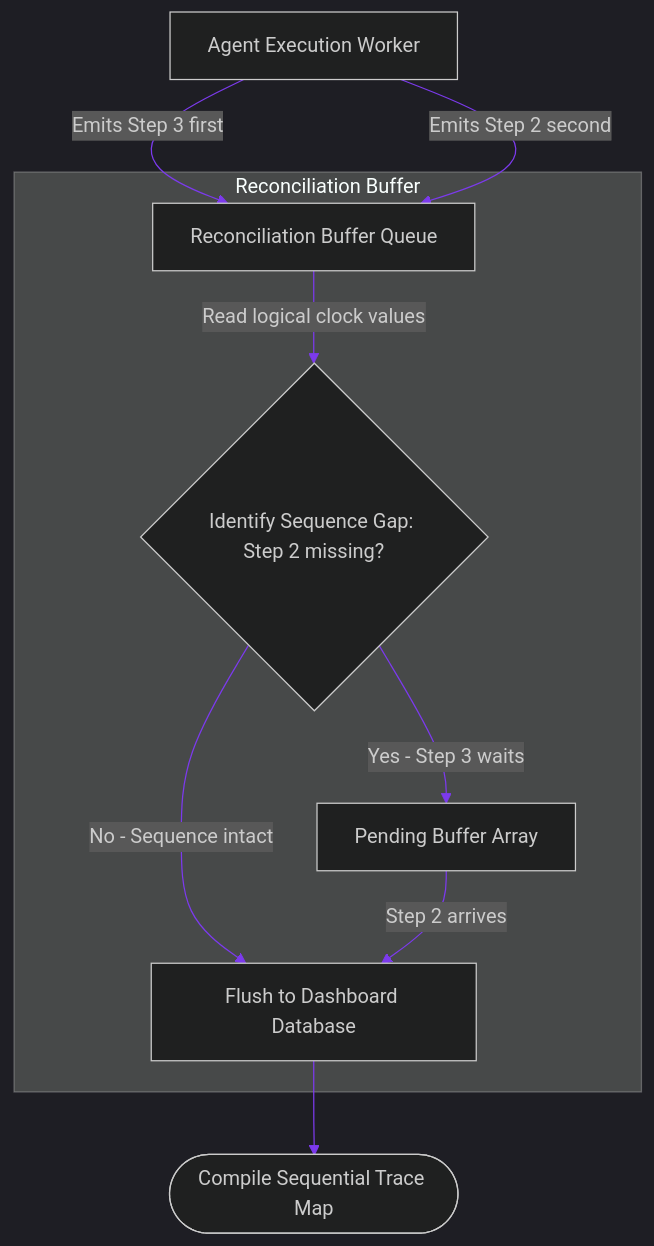
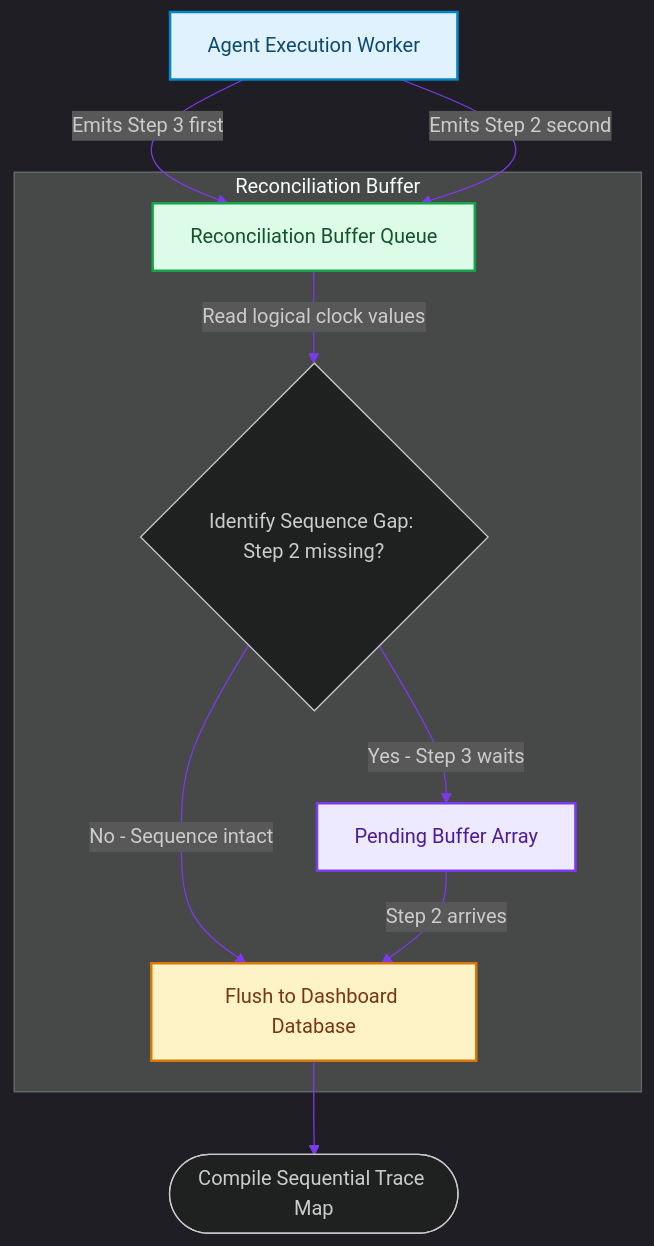
The diagram in blog/posts/event-driven-out-of-order-message-reconciliation-vector-clocks.md (akmalkhaniub/akmalkhaniub.github.io), drawn with Mermaid before and after one commit. The commit also changed other lines of this file and 1291 other files, not shown here.

First line of the commit message:
feat(catalog): unique covers, scholarly references, and diagram palettes

````diff
--- a/blog/posts/event-driven-out-of-order-message-reconciliation-vector-clocks.md
+++ b/blog/posts/event-driven-out-of-order-message-reconciliation-vector-clocks.md
@@ -16,15 +16,25 @@
 ```mermaid
 %%{init: {'theme': 'dark', 'themeVariables': { 'primaryColor': '#7c3aed', 'primaryTextColor': '#f3f4f6', 'primaryBorderColor': '#a78bfa', 'lineColor': '#7c3aed', 'secondaryColor': '#111827', 'tertiaryColor': '#0b0f19'}}}%%
 flowchart TD
-    Agent[Agent Execution Worker] -->|Emits Step 3 first| Queue[Reconciliation Buffer Queue]
+    Agent["Agent Execution Worker"] -->|Emits Step 3 first| Queue["Reconciliation Buffer Queue"]
     Agent -->|Emits Step 2 second| Queue
     
     subgraph SG1_ReconciliationBuffer ["Reconciliation Buffer"]
         Queue -->|Read logical clock values| Sort{Identify Sequence Gap: Step 2 missing?}
-        Sort -->|Yes - Step 3 waits| Buffer[Pending Buffer Array]
-        Sort -->|No - Sequence intact| Flush[Flush to Dashboard Database]
+        Sort -->|Yes - Step 3 waits| Buffer["Pending Buffer Array"]
+        Sort -->|No - Sequence intact| Flush["Flush to Dashboard Database"]
     end
     
     Buffer -->|Step 2 arrives| Flush
     Flush --> UI([Compile Sequential Trace Map])
+
+classDef green fill:#dcfce7,stroke:#16a34a,stroke-width:2px,color:#14532d;
+classDef red fill:#fee2e2,stroke:#dc2626,stroke-width:2px,color:#7f1d1d;
+classDef blue fill:#e0f2fe,stroke:#0284c7,stroke-width:2px,color:#0c4a6e;
+classDef yellow fill:#fef3c7,stroke:#d97706,stroke-width:2px,color:#78350f;
+classDef purple fill:#ede9fe,stroke:#7c3aed,stroke-width:2px,color:#4c1d95;
+class Agent blue
+class Queue green
+class Buffer purple
+class Flush yellow
 ```
````
